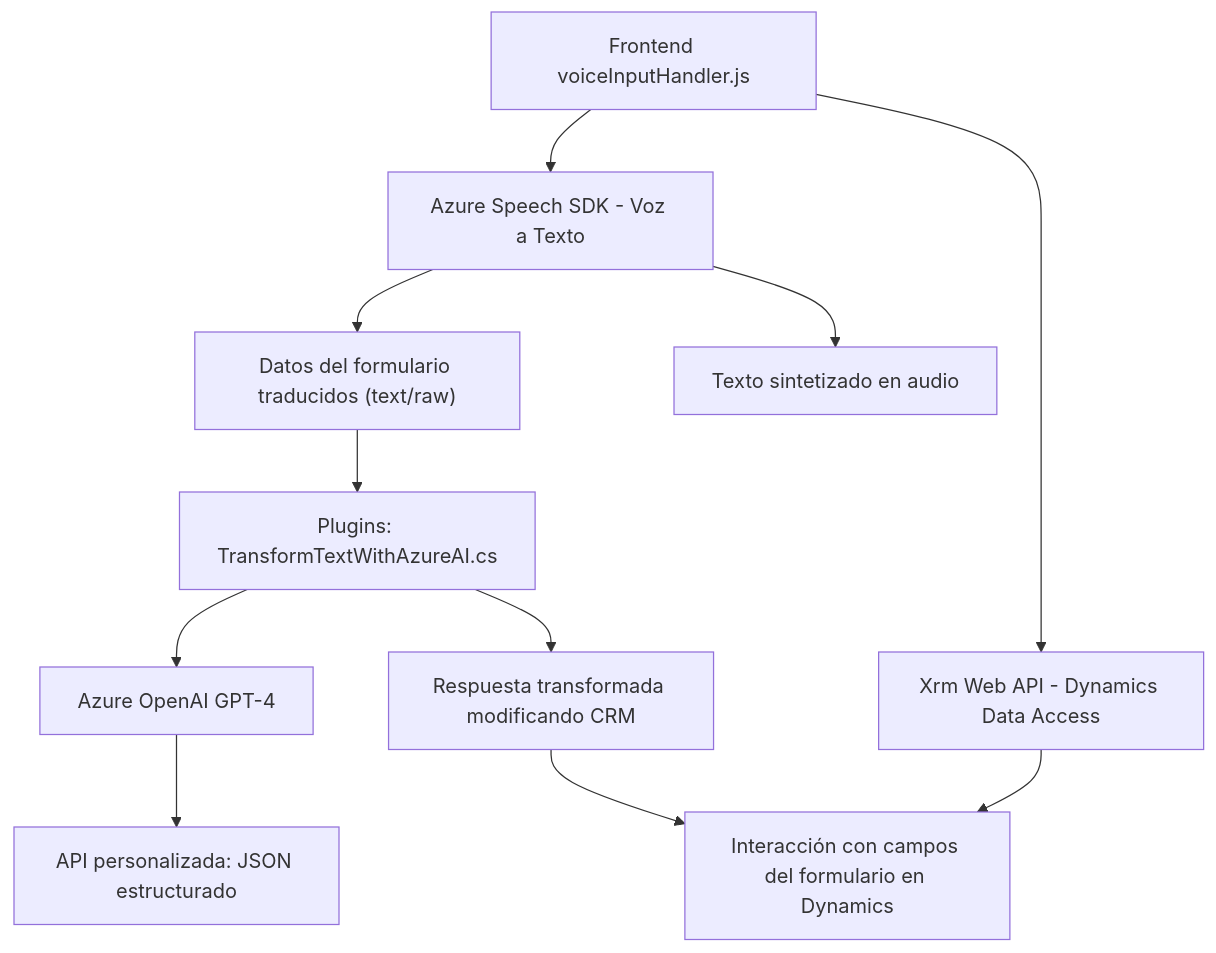
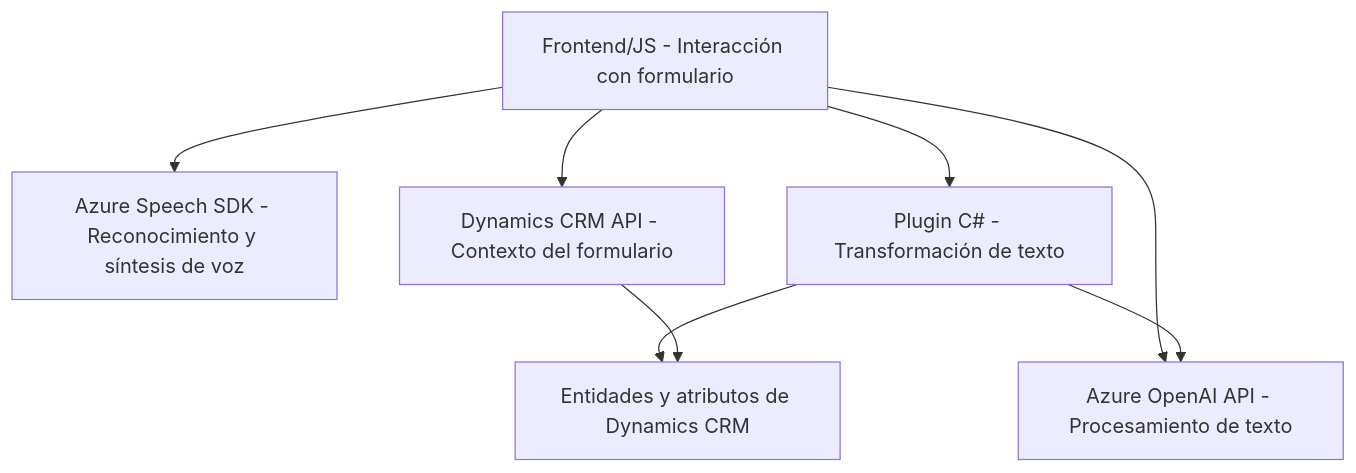
One commit to blopezdm/NETCORE_BILBAO2025 changed the diagram in README.md. Above: the diagram before and after it, drawn with Mermaid. The commit also changed other lines of this file, not shown here.

Commit message:
Actualizar análisis global de la solución con IA

````diff
--- a/README.md
+++ b/README.md
@@ -39,15 +38,17 @@
 ```mermaid
 graph TD
-    A["Frontend voiceInputHandler.js"] --> B["Azure Speech SDK - Voz a Texto"]
-    A --> C["Xrm Web API - Dynamics Data Access"]
-    B --> D["Datos del formulario traducidos (text/raw)"]
-    C --> E["Interacción con campos del formulario en Dynamics"]
+    A["Frontend/JS - Interacción con formulario"]
+    B["Azure Speech SDK - Reconocimiento y síntesis de voz"]
+    C["Dynamics CRM API - Contexto del formulario"]
+    D["Azure OpenAI API - Procesamiento de texto"]
+    E["Plugin C# - Transformación de texto"]
+    F["Entidades y atributos de Dynamics CRM"]
 
-    F["Plugins: TransformTextWithAzureAI.cs"] --> G["Azure OpenAI GPT-4"]
-    D --> F
-    G --> H["API personalizada: JSON estructurado"]
-    F --> I["Respuesta transformada modificando CRM"]
-    I --> E
-    
-    B --> J["Texto sintetizado en audio"]
+    A --> B
+    A --> C
+    A --> D
+    A --> E
+    E --> D
+    E --> F
+    C --> F
 ```
````
